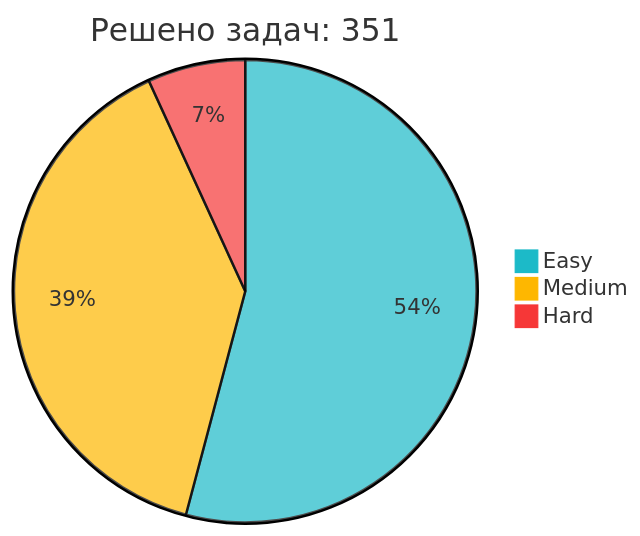
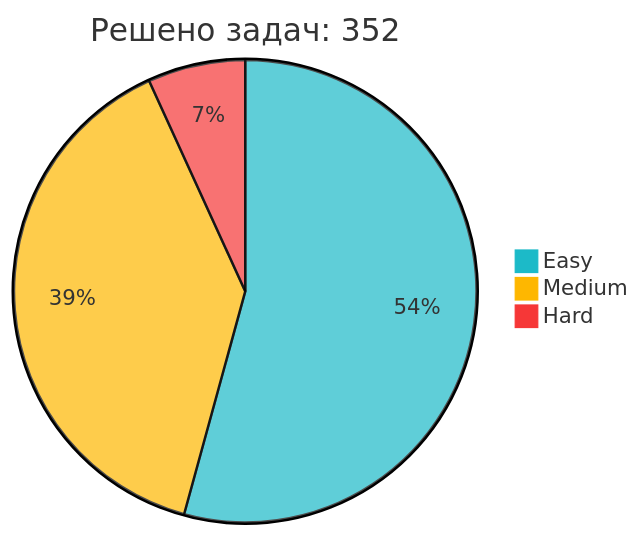
One commit to IliaKurdukov/IliaKurdukov changed the diagram in README.md. Above: the diagram before and after it, drawn with Mermaid. The commit also changed other lines of this file, not shown here.

Commit message:
📈 Обновление статистики LeetCode

````diff
--- a/README.md
+++ b/README.md
@@ -51,7 +51,7 @@
 ```mermaid
 %%{init: {'theme': 'base', 'themeVariables': { 'pie1': '#1CBAC8', 'pie2': '#FEB700', 'pie3': '#F63737' }, 'config': {'width': 300, 'height': 200}}}%%
-pie title Решено задач: 351
-   "Easy" : 190
+pie title Решено задач: 352
+   "Easy" : 191
    "Medium" : 137
    "Hard" : 24
 ```
````
